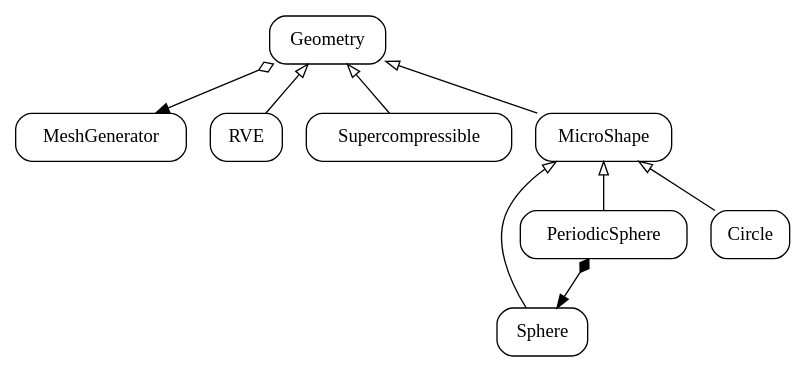
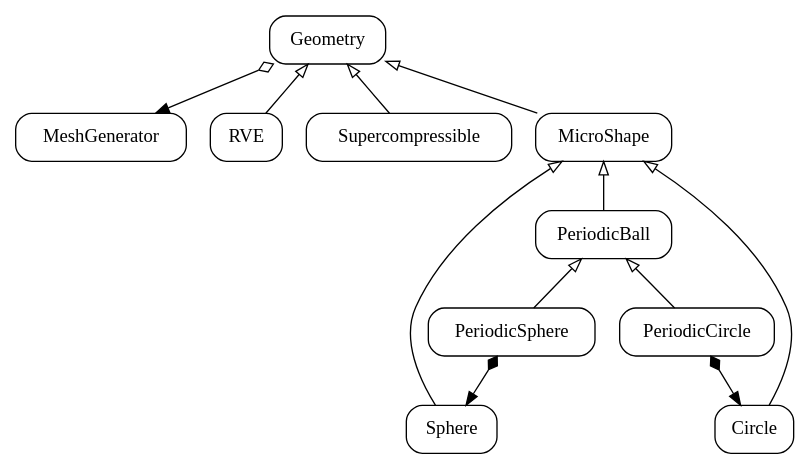
Before and after one commit to bessagroup/f3dasm: the diagram in uml/geometry.gv, drawn with Graphviz. The commit also changed 1 other file, not shown here.

Commit message:
further refactor of Sphere and creation of circle

```diff
--- a/uml/geometry.gv
+++ b/uml/geometry.gv
@@ -1,30 +1,37 @@
 digraph geometry {
 
     node[shape=record, style=rounded]
     Geometry[label = "{Geometry}"]
     MeshGenerator[label = "{MeshGenerator}"]
     RVE[label = "{RVE}"]
     Supercompressible[label = "{Supercompressible}"]
     MicroShape[label = "{MicroShape}"]
     Sphere[label = "{Sphere}"]
+    Circle[label = "{Circle}"]
+    PeriodicBall[label = "{PeriodicBall}"]
     PeriodicSphere[label = "{PeriodicSphere}"]
+    PeriodicCircle[label = "{PeriodicCircle}"]
+
 
     // generalizations
     edge[dir=back, arrowtail=empty, style=normal]
     Geometry->RVE
     Geometry->Supercompressible
     Geometry->MicroShape
     MicroShape->Sphere
     MicroShape->Circle
-    MicroShape->PeriodicSphere
+    MicroShape->PeriodicBall
+    PeriodicBall->PeriodicSphere
+    PeriodicBall->PeriodicCircle
 
     // compositions
     edge[dir=both, arrowtail=diamond, arrowhead=normal, style=normal]
     PeriodicSphere->Sphere
+    PeriodicCircle->Circle
 
     // aggregations
     edge[dir=both, arrowtail=ediamond, arrowhead=normal, style=normal]
     Geometry->MeshGenerator
 
 
 }
```
